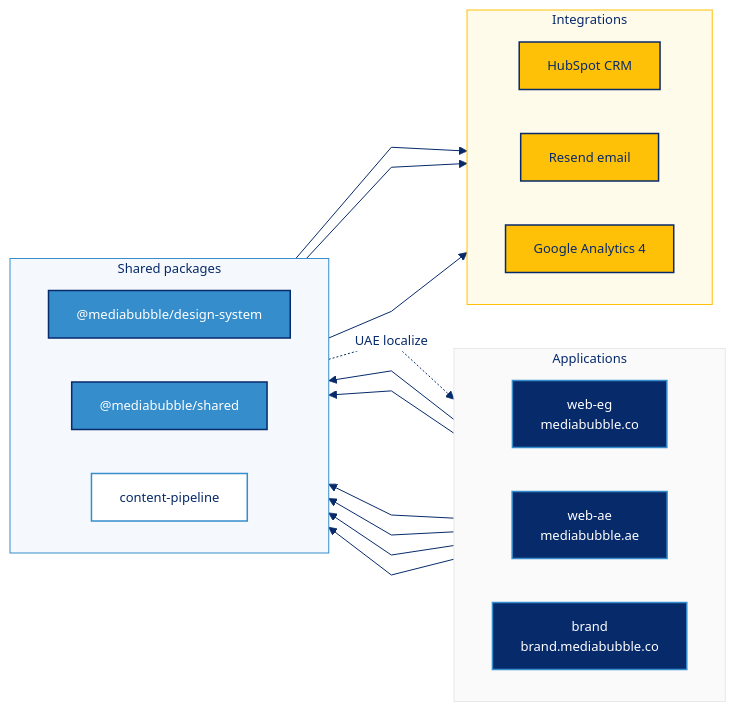
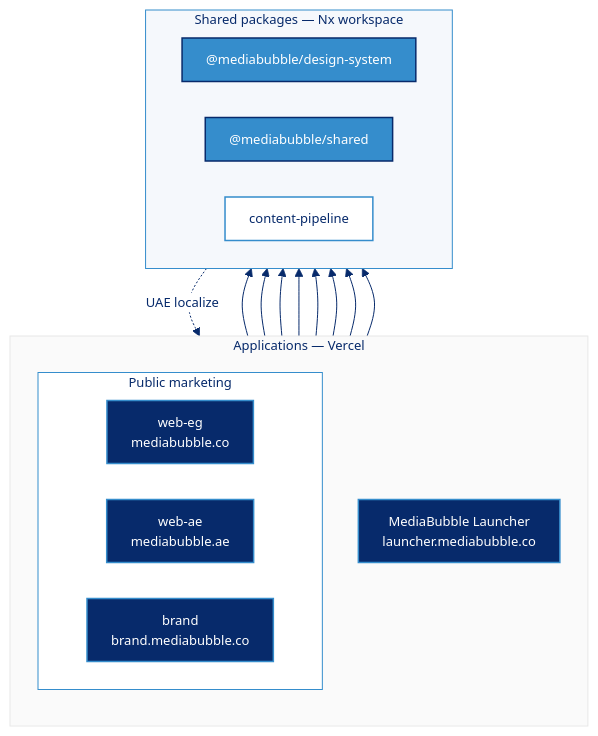
Before and after one commit to mediabubble-adv/mediaBubble: the first of 2 diagrams in README.md, drawn with Mermaid. The commit also changed other lines of this file and 3 other files, not shown here.

First line of the commit message:
docs(README): update MediaBubble description and add Launcher details

````diff
--- a/README.md
+++ b/README.md
@@ -59,43 +91,43 @@
 ```mermaid
-%%{init: {"theme":"base","themeVariables":{"fontFamily":"Poppins, Inter, system-ui, sans-serif","fontSize":"13px","lineColor":"#072A6B","primaryTextColor":"#072A6B","primaryBorderColor":"#358DCC","clusterBkg":"#FAFAFA","clusterBorder":"#E8E8E8","titleColor":"#072A6B","edgeLabelBackground":"#FFFFFF"},"flowchart":{"curve":"linear","nodeSpacing":44,"rankSpacing":52,"padding":14,"diagramPadding":10}}}%%
-flowchart LR
-  subgraph apps ["Applications"]
-    direction LR
-    EG["web-eg<br/>mediabubble.co"]
-    AE["web-ae<br/>mediabubble.ae"]
-    BR["brand<br/>brand.mediabubble.co"]
+%%{init: {"theme":"base","themeVariables":{"fontFamily":"Poppins, Inter, system-ui, sans-serif","fontSize":"13px","lineColor":"#072A6B","primaryTextColor":"#072A6B","primaryBorderColor":"#358DCC","clusterBkg":"#FAFAFA","clusterBorder":"#E8E8E8","titleColor":"#072A6B","edgeLabelBackground":"#FFFFFF"},"flowchart":{"curve":"basis","nodeSpacing":36,"rankSpacing":48,"padding":12}}}%%
+flowchart TB
+  subgraph apps ["Applications — Vercel"]
+    direction TB
+    subgraph marketing ["Public marketing"]
+      direction LR
+      EG["web-eg<br/>mediabubble.co"]
+      AE["web-ae<br/>mediabubble.ae"]
+      BR["brand<br/>brand.mediabubble.co"]
+    end
+    LA["MediaBubble Launcher<br/>launcher.mediabubble.co"]
   end
 
-  subgraph packages ["Shared packages"]
+  subgraph packages ["Shared packages — Nx workspace"]
     direction LR
     DS["@mediabubble/design-system"]
     SH["@mediabubble/shared"]
     CP["content-pipeline"]
   end
 
-  subgraph integrations ["Integrations"]
-    direction LR
-    HS["HubSpot CRM"]
-    RS["Resend email"]
-    GA["Google Analytics 4"]
-  end
-
-  EG & AE & BR --> DS
-  EG & AE & BR --> SH
+  EG --> DS
+  EG --> SH
+  AE --> DS
+  AE --> SH
+  BR --> DS
+  BR --> SH
+  LA --> DS
+  LA --> SH
   CP -.->|UAE localize| AE
-  SH --> HS & RS & GA
 
   classDef app fill:#072A6B,stroke:#358DCC,color:#FFFFFF,stroke-width:1.5px
   classDef pkg fill:#358DCC,stroke:#072A6B,color:#FFFFFF,stroke-width:1.5px
   classDef pipe fill:#FFFFFF,stroke:#358DCC,color:#072A6B,stroke-width:1.5px
-  classDef integration fill:#FFC107,stroke:#072A6B,color:#072A6B,stroke-width:1.5px
 
-  class EG,AE,BR app
+  class EG,AE,BR,LA app
   class DS,SH pkg
   class CP pipe
-  class HS,RS,GA integration
 
   style apps fill:#FAFAFA,stroke:#E8E8E8,stroke-width:1px,color:#072A6B
+  style marketing fill:#FFFFFF,stroke:#358DCC,stroke-width:1px,color:#072A6B
   style packages fill:#F5F8FC,stroke:#358DCC,stroke-width:1px,color:#072A6B
-  style integrations fill:#FFFBEB,stroke:#FFC107,stroke-width:1px,color:#072A6B
 ```
````
